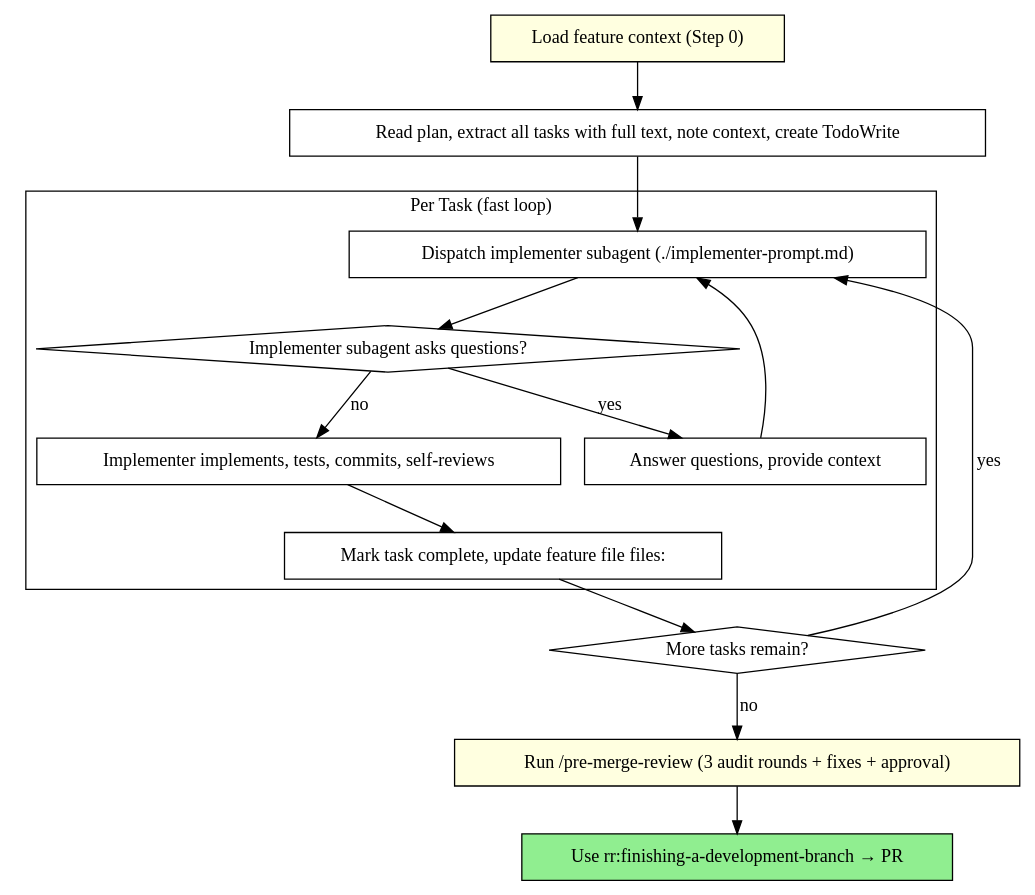
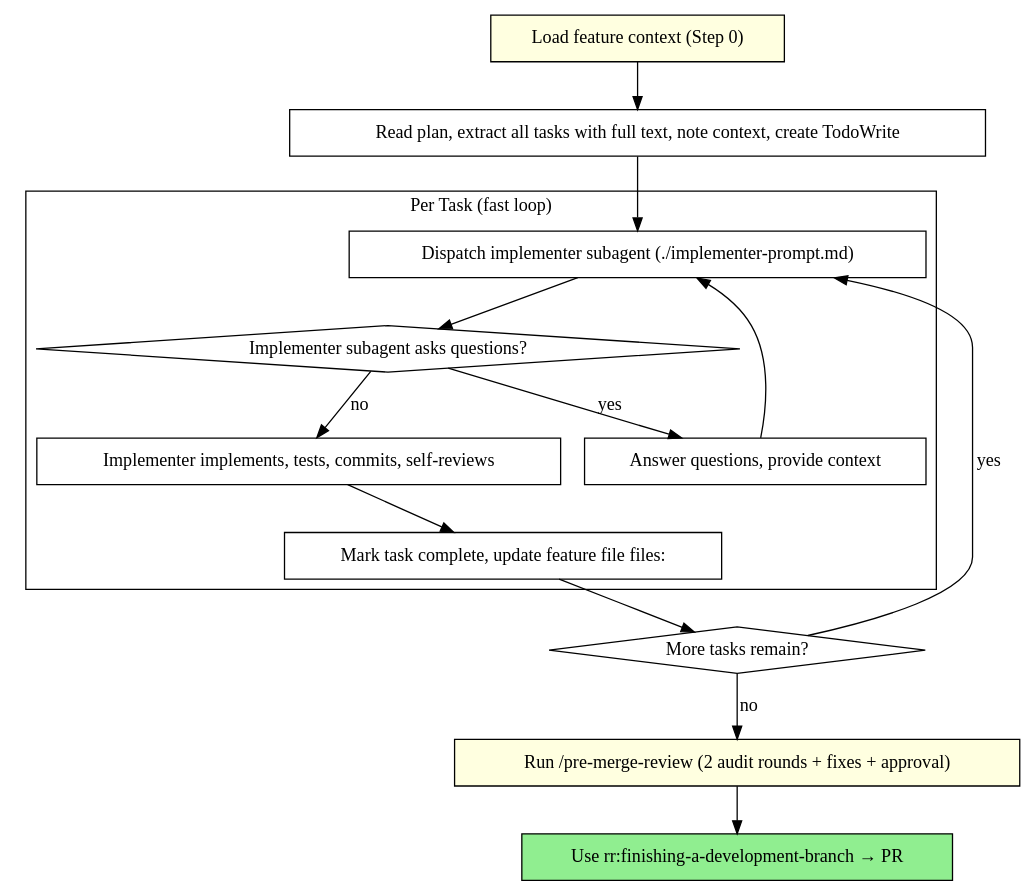
Before and after one commit to kulfix/rezavo-plugins: the second of 2 diagrams in plugins/rr/skills/subagent-driven-development/SKILL.md, drawn with Graphviz. The commit also changed other lines of this file and 6 other files, not shown here.

````diff
--- a/plugins/rr/skills/subagent-driven-development/SKILL.md
+++ b/plugins/rr/skills/subagent-driven-development/SKILL.md
@@ -71,33 +71,33 @@
 ```dot
 digraph process {
     rankdir=TB;
 
     "Load feature context (Step 0)" [shape=box style=filled fillcolor=lightyellow];
 
     subgraph cluster_per_task {
         label="Per Task (fast loop)";
         "Dispatch implementer subagent (./implementer-prompt.md)" [shape=box];
         "Implementer subagent asks questions?" [shape=diamond];
         "Answer questions, provide context" [shape=box];
         "Implementer implements, tests, commits, self-reviews" [shape=box];
         "Mark task complete, update feature file files:" [shape=box];
     }
 
     "Read plan, extract all tasks with full text, note context, create TodoWrite" [shape=box];
     "More tasks remain?" [shape=diamond];
-    "Run /pre-merge-review (3 audit rounds + fixes + approval)" [shape=box style=filled fillcolor=lightyellow];
+    "Run /pre-merge-review (2 audit rounds + fixes + approval)" [shape=box style=filled fillcolor=lightyellow];
     "Use rr:finishing-a-development-branch → PR" [shape=box style=filled fillcolor=lightgreen];
 
     "Load feature context (Step 0)" -> "Read plan, extract all tasks with full text, note context, create TodoWrite";
     "Read plan, extract all tasks with full text, note context, create TodoWrite" -> "Dispatch implementer subagent (./implementer-prompt.md)";
     "Dispatch implementer subagent (./implementer-prompt.md)" -> "Implementer subagent asks questions?";
     "Implementer subagent asks questions?" -> "Answer questions, provide context" [label="yes"];
     "Answer questions, provide context" -> "Dispatch implementer subagent (./implementer-prompt.md)";
     "Implementer subagent asks questions?" -> "Implementer implements, tests, commits, self-reviews" [label="no"];
     "Implementer implements, tests, commits, self-reviews" -> "Mark task complete, update feature file files:";
     "Mark task complete, update feature file files:" -> "More tasks remain?";
     "More tasks remain?" -> "Dispatch implementer subagent (./implementer-prompt.md)" [label="yes"];
-    "More tasks remain?" -> "Run /pre-merge-review (3 audit rounds + fixes + approval)" [label="no"];
-    "Run /pre-merge-review (3 audit rounds + fixes + approval)" -> "Use rr:finishing-a-development-branch → PR";
+    "More tasks remain?" -> "Run /pre-merge-review (2 audit rounds + fixes + approval)" [label="no"];
+    "Run /pre-merge-review (2 audit rounds + fixes + approval)" -> "Use rr:finishing-a-development-branch → PR";
 }
 ```
````
